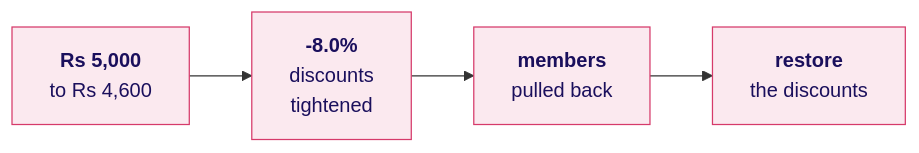
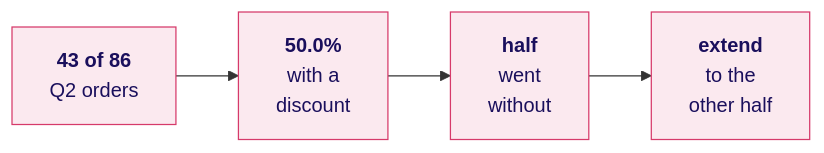
The ninth of 13 diagrams in content/W01/D2/slides/C2_W01_D02_half1_STUDENT.md (fde-academy-lab/c2-content-factory), drawn with Mermaid before and after one commit. The commit also changed other lines of this file and 14 other files, not shown here.

First line of the commit message:
W01 D2: restage the missing-discount trap on the share of orders with a discount

````diff
--- a/content/W01/D2/slides/C2_W01_D02_half1_STUDENT.md
+++ b/content/W01/D2/slides/C2_W01_D02_half1_STUDENT.md
@@ -535,7 +535,7 @@
 ```mermaid
 flowchart LR
-    A["<b>Rs 5,000</b><br/>to Rs 4,600"] --> B["<b>-8.0%</b><br/>discounts<br/>tightened"]
-    B --> C["<b>members</b><br/>pulled back"] --> D["<b>restore</b><br/>the discounts"]
+    A["<b>43 of 86</b><br/>Q2 orders"] --> B["<b>50.0%</b><br/>with a<br/>discount"]
+    B --> C["<b>half</b><br/>went<br/>without"] --> D["<b>extend</b><br/>to the<br/>other half"]
     classDef bad fill:#FBE9EF,stroke:#D63A6A,color:#1A0F5C
     class A,B,C,D bad
 ```
````
